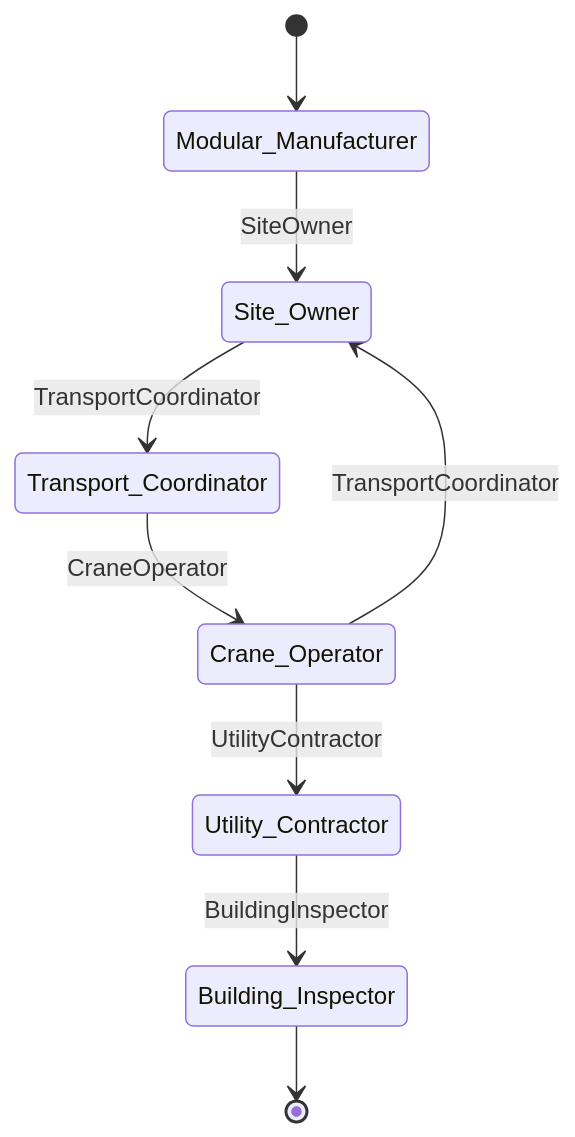
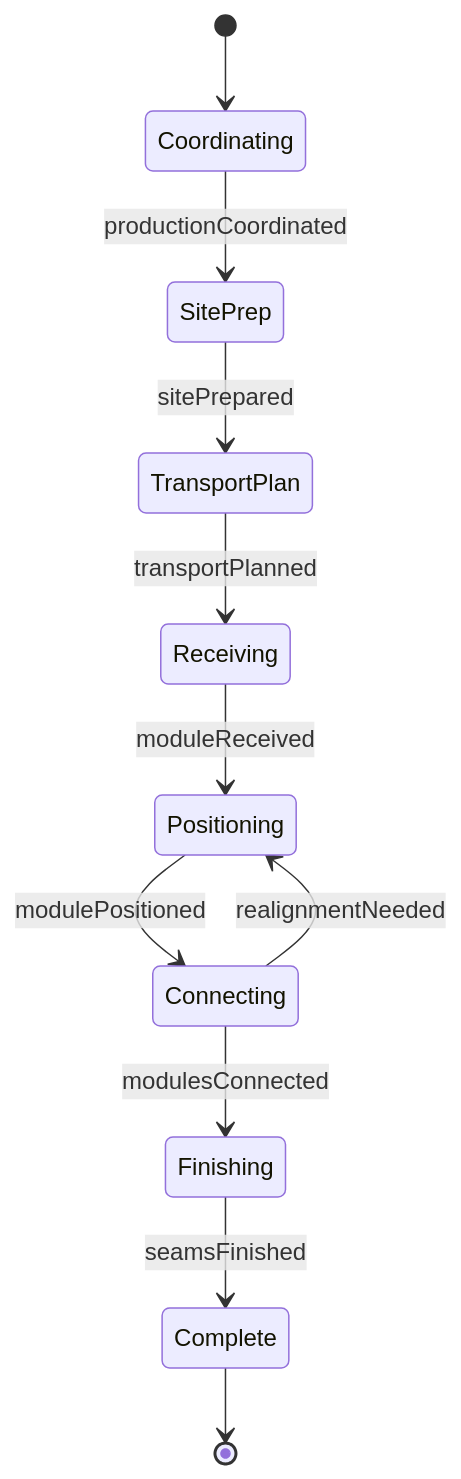
One commit to dot-org-ai/tasks.org.ai changed the second of 4 diagrams in HandlingAndMovingObjects/BuildStructures/InstallPrefabricatedManufacturedStructures.mdx. Above: the diagram before and after it, drawn with Mermaid. The commit also changed other lines of this file and 515 other files, not shown here.

````diff
--- a/HandlingAndMovingObjects/BuildStructures/InstallPrefabricatedManufacturedStructures.mdx
+++ b/HandlingAndMovingObjects/BuildStructures/InstallPrefabricatedManufacturedStructures.mdx
@@ -101,11 +99,13 @@
 ```mermaid
 stateDiagram-v2
-    [*] --> Modular_Manufacturer
-    Modular_Manufacturer --> Site_Owner: SiteOwner
-    Site_Owner --> Transport_Coordinator: TransportCoordinator
-    Transport_Coordinator --> Crane_Operator: CraneOperator
-    Crane_Operator --> Utility_Contractor: UtilityContractor
-    Utility_Contractor --> Building_Inspector: BuildingInspector
-    Crane_Operator --> Site_Owner: TransportCoordinator
-    Building_Inspector --> [*]
+    [*] --> Coordinating
+    Coordinating --> SitePrep : productionCoordinated
+    SitePrep --> TransportPlan : sitePrepared
+    TransportPlan --> Receiving : transportPlanned
+    Receiving --> Positioning : moduleReceived
+    Positioning --> Connecting : modulePositioned
+    Connecting --> Finishing : modulesConnected
+    Finishing --> Complete : seamsFinished
+    Connecting --> Positioning : realignmentNeeded
+    Complete --> [*]
 ```
````
